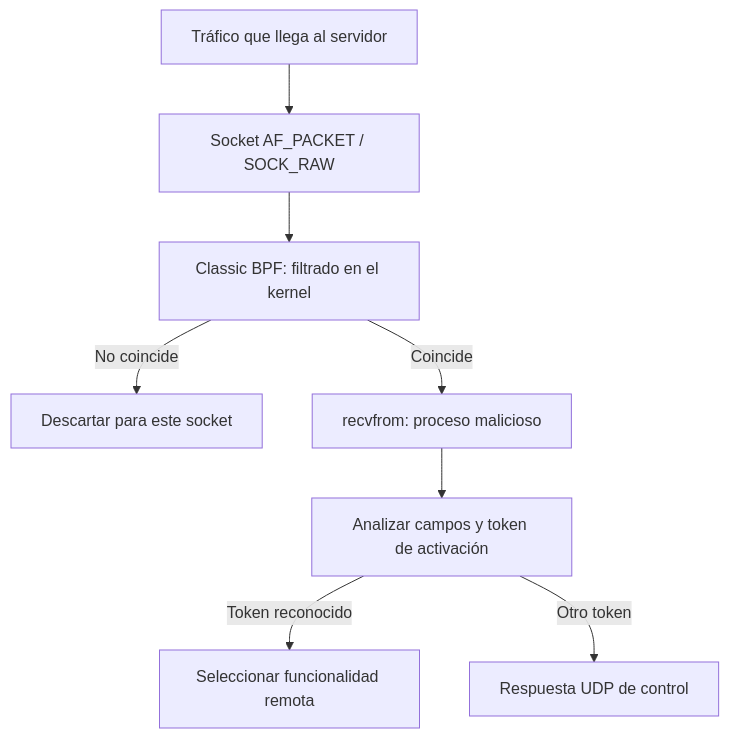
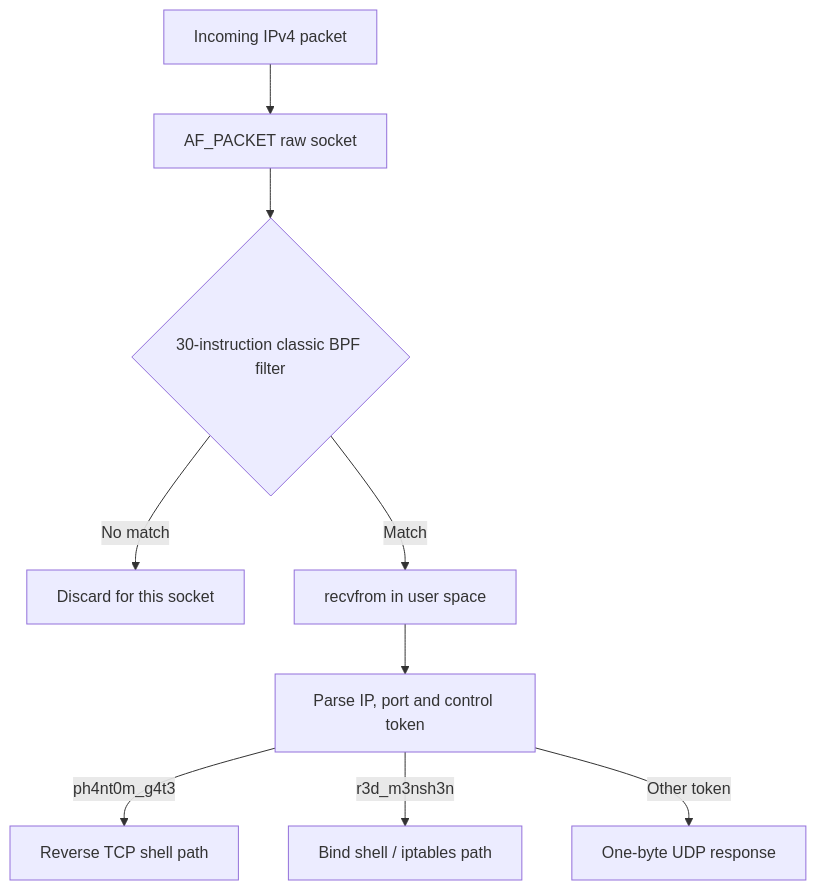
The diagram in ShadowMonarch/README.md (20dani09/sherlocks-htb), drawn with Mermaid before and after one commit. The commit also changed other lines of this file, not shown here.

Commit message:
docs: rebuild ShadowMonarch write-up in English with deeper BPF and evidence analysis

````diff
--- a/ShadowMonarch/README.md
+++ b/ShadowMonarch/README.md
@@ -60,10 +40,11 @@
-```mermaid
+~~~mermaid
 flowchart TD
-    A[Tráfico que llega al servidor] --> B[Socket AF_PACKET / SOCK_RAW]
-    B --> C[Classic BPF: filtrado en el kernel]
-    C -->|No coincide| D[Descartar para este socket]
-    C -->|Coincide| E[recvfrom: proceso malicioso]
-    E --> F[Analizar campos y token de activación]
-    F -->|Token reconocido| G[Seleccionar funcionalidad remota]
-    F -->|Otro token| H[Respuesta UDP de control]
-```
+    A[Incoming IPv4 packet] --> B[AF_PACKET raw socket]
+    B --> C{30-instruction classic BPF filter}
+    C -->|No match| D[Discard for this socket]
+    C -->|Match| E[recvfrom in user space]
+    E --> F[Parse IP, port and control token]
+    F -->|ph4nt0m_g4t3| G[Reverse TCP shell path]
+    F -->|r3d_m3nsh3n| H[Bind shell / iptables path]
+    F -->|Other token| I[One-byte UDP response]
+~~~
````
